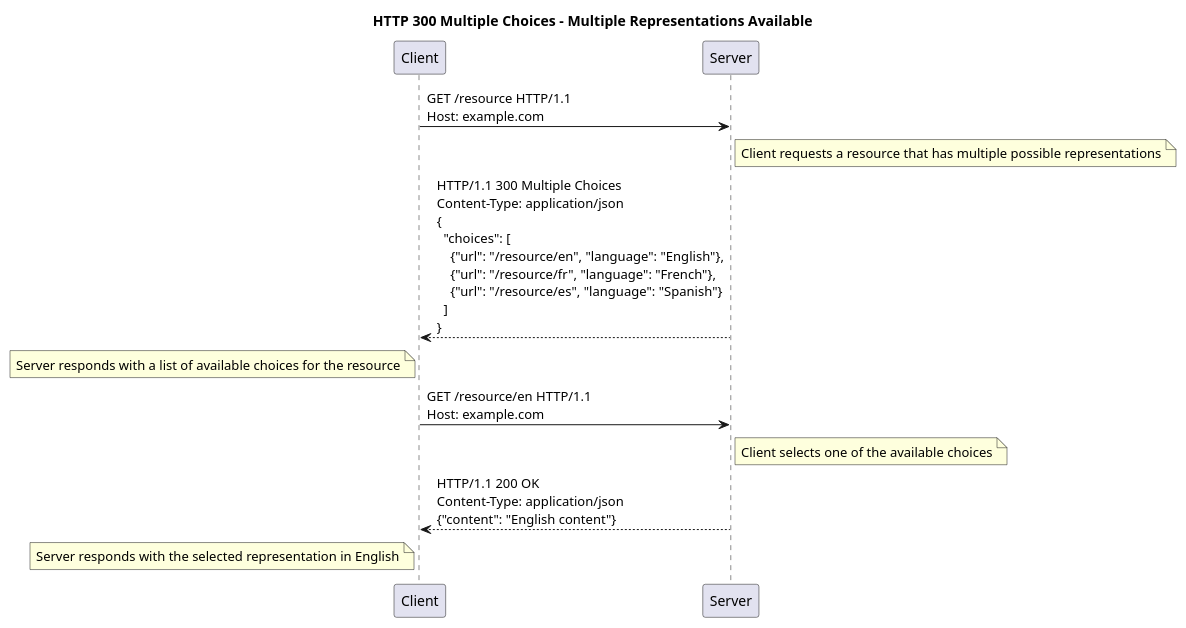
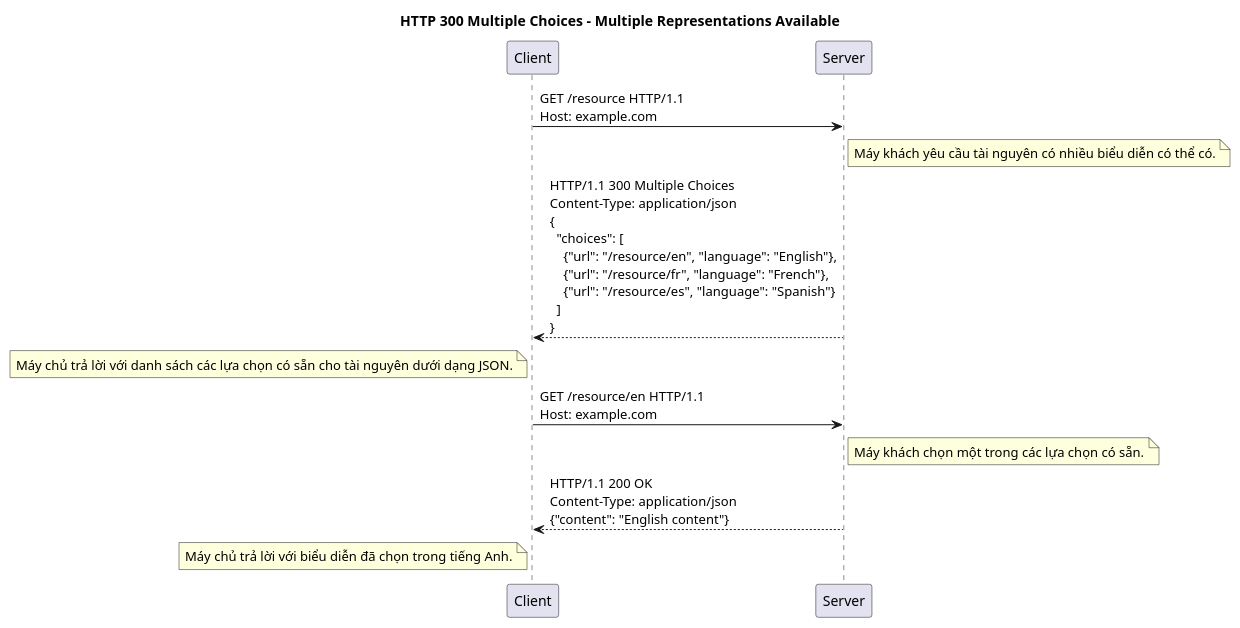
Diagram 11 of 26 in packages/apps/src/blog/2024-12-05-y-nghia-cua-cac-http-status-code.md (thanhlv-com/thanhlv-blog), drawn with PlantUML before and after one commit. The commit also changed other lines of this file and 3 other files, not shown here.

````diff
--- a/packages/apps/src/blog/2024-12-05-y-nghia-cua-cac-http-status-code.md
+++ b/packages/apps/src/blog/2024-12-05-y-nghia-cua-cac-http-status-code.md
@@ -408,22 +406,21 @@
 ```plantuml
 @startuml
 
 title HTTP 300 Multiple Choices - Multiple Representations Available
 
 participant "Client" as C
 participant "Server" as S
 
 C -> S: GET /resource HTTP/1.1\nHost: example.com
-note right of S: Client requests a resource that has multiple possible representations
+note right of S: Máy khách yêu cầu tài nguyên có nhiều biểu diễn có thể có.
 
 S --> C: HTTP/1.1 300 Multiple Choices\nContent-Type: application/json\n{\n  "choices": [\n    {"url": "/resource/en", "language": "English"},\n    {"url": "/resource/fr", "language": "French"},\n    {"url": "/resource/es", "language": "Spanish"}\n  ]\n}
-note left of C: Server responds with a list of available choices for the resource
+note left of C: Máy chủ trả lời với danh sách các lựa chọn có sẵn cho tài nguyên dưới dạng JSON.
 
 C -> S: GET /resource/en HTTP/1.1\nHost: example.com
-note right of S: Client selects one of the available choices
+note right of S: Máy khách chọn một trong các lựa chọn có sẵn.
 
 S --> C: HTTP/1.1 200 OK\nContent-Type: application/json\n{"content": "English content"}
-note left of C: Server responds with the selected representation in English
-
+note left of C: Máy chủ trả lời với biểu diễn đã chọn trong tiếng Anh.
 @enduml
 ```
````
